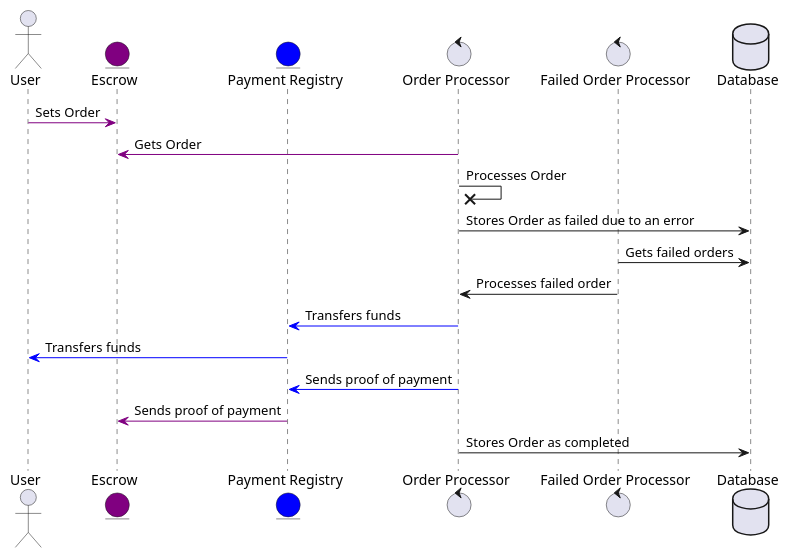
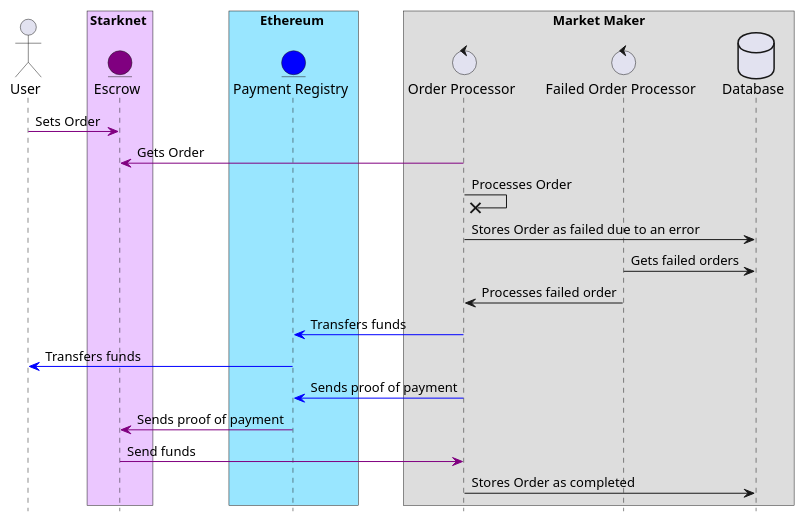
One commit to yetanotherco/yet-another-bridge changed the diagram in mm-bot/docs/diagrams/failed_orders.puml. Above: the diagram before and after it, drawn with PlantUML. The commit also changed 5 other files, not shown here.

Commit message:
docs(mm-bot): improve sequence diagrams

```diff
--- a/mm-bot/docs/diagrams/failed_orders.puml
+++ b/mm-bot/docs/diagrams/failed_orders.puml
@@ -1,21 +1,29 @@
 @startuml
+hide footbox
 actor User as U
+box Starknet #ebc7ff
 entity Escrow as E #purple
+end box
+box Ethereum #99e6ff
 entity "Payment Registry" as PR #blue
+end box
+box "Market Maker"
 control "Order Processor" as OP
 control "Failed Order Processor" as FOP
 database Database
+end box
 
 U -[#purple]> E : Sets Order
 OP -[#purple]> E : Gets Order
 OP ->x OP : Processes Order
 OP -> Database : Stores Order as failed due to an error
 FOP -> Database : Gets failed orders
 FOP -> OP : Processes failed order
 OP -[#blue]> PR : Transfers funds
 PR -[#blue]> U: Transfers funds
 OP -[#blue]> PR : Sends proof of payment
 PR -[#purple]> E : Sends proof of payment
+E -[#purple]> OP : Send funds
 OP -> Database : Stores Order as completed
 
 @enduml
```
